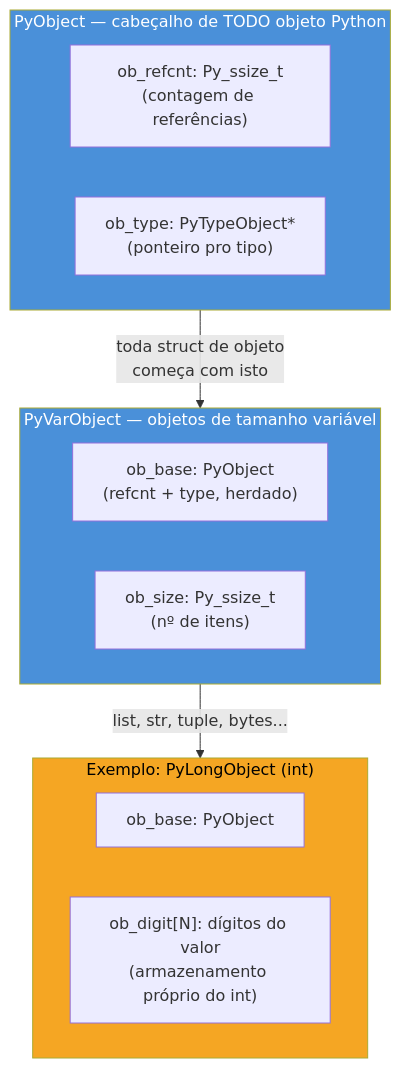
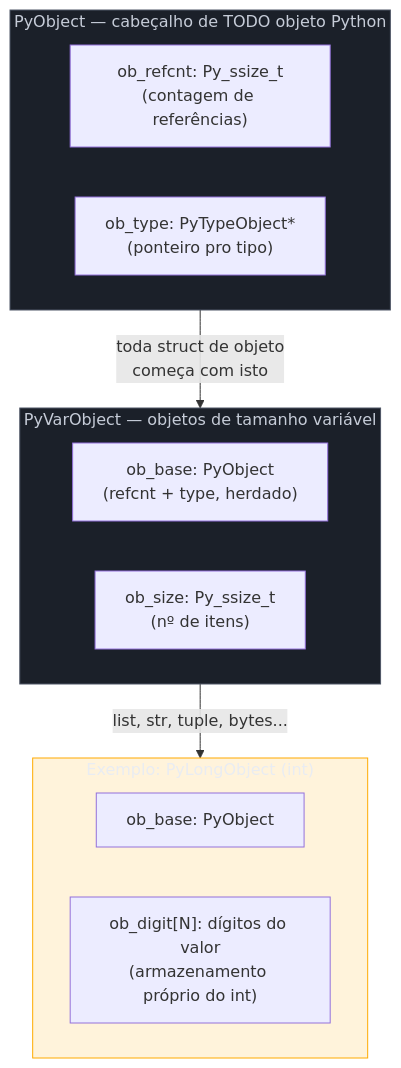
Before and after one commit to josenaldo/codex-technomanticus: the first of 2 diagrams in 03-Dominios/Tecnologia/Python/CPython internals/02 - Objetos em CPython — PyObject, refcounting e tipos internos.md, drawn with Mermaid. The commit also changed other lines of this file and 1181 other files, not shown here.

First line of the commit message:
fix(diagramas): paleta do sistema no lugar de cor cravada no markdown

````diff
--- a/03-Dominios/Tecnologia/Python/CPython internals/02 - Objetos em CPython — PyObject, refcounting e tipos internos.md
+++ b/03-Dominios/Tecnologia/Python/CPython internals/02 - Objetos em CPython — PyObject, refcounting e tipos internos.md
@@ -76,24 +76,26 @@
 ```mermaid
 flowchart TB
+    classDef neutro fill:#1B2029,stroke:#4E5666,color:#C6CCD8
+    classDef destaque fill:#FFAA0024,stroke:#FFAA00,color:#E9ECF2
     subgraph PO["PyObject — cabeçalho de TODO objeto Python"]
         A["ob_refcnt: Py_ssize_t\n(contagem de referências)"]
         B["ob_type: PyTypeObject*\n(ponteiro pro tipo)"]
     end
 
     subgraph PVO["PyVarObject — objetos de tamanho variável"]
         PO2["ob_base: PyObject\n(refcnt + type, herdado)"]
         C["ob_size: Py_ssize_t\n(nº de itens)"]
     end
 
     subgraph Concreto["Exemplo: PyLongObject (int)"]
         PO3["ob_base: PyObject"]
         D["ob_digit[N]: dígitos do valor\n(armazenamento próprio do int)"]
     end
 
     PO -->|"toda struct de objeto\ncomeça com isto"| PVO
     PVO -->|"list, str, tuple, bytes..."| Concreto
 
-    style PO fill:#4A90D9,color:#fff
-    style PVO fill:#4A90D9,color:#fff
-    style Concreto fill:#F5A623,color:#000
+    class PO neutro
+    class PVO neutro
+    class Concreto destaque
 ```
````
